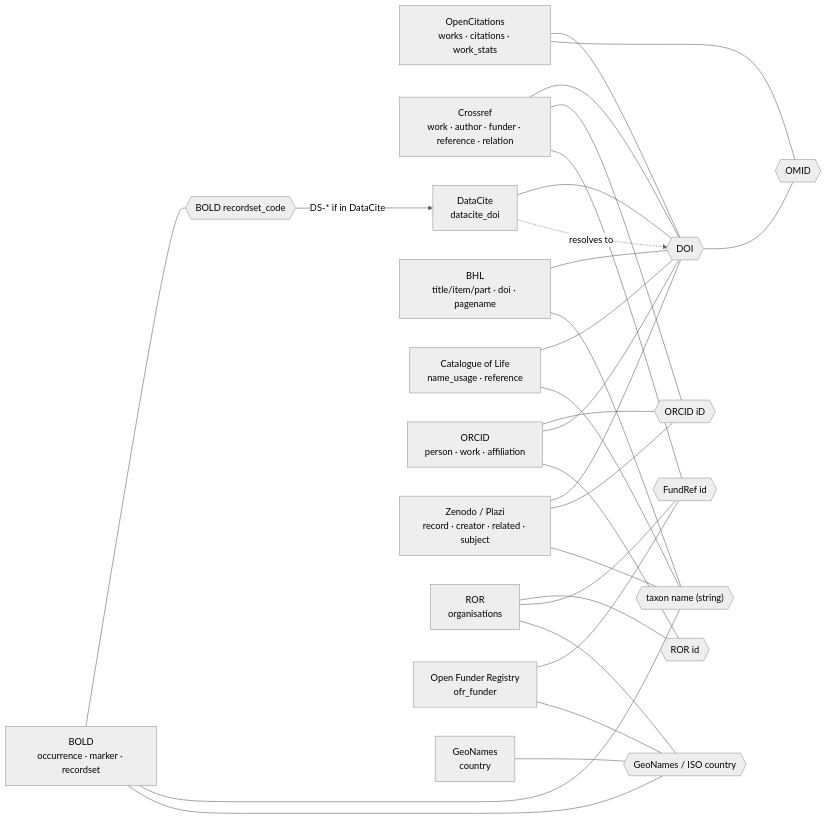
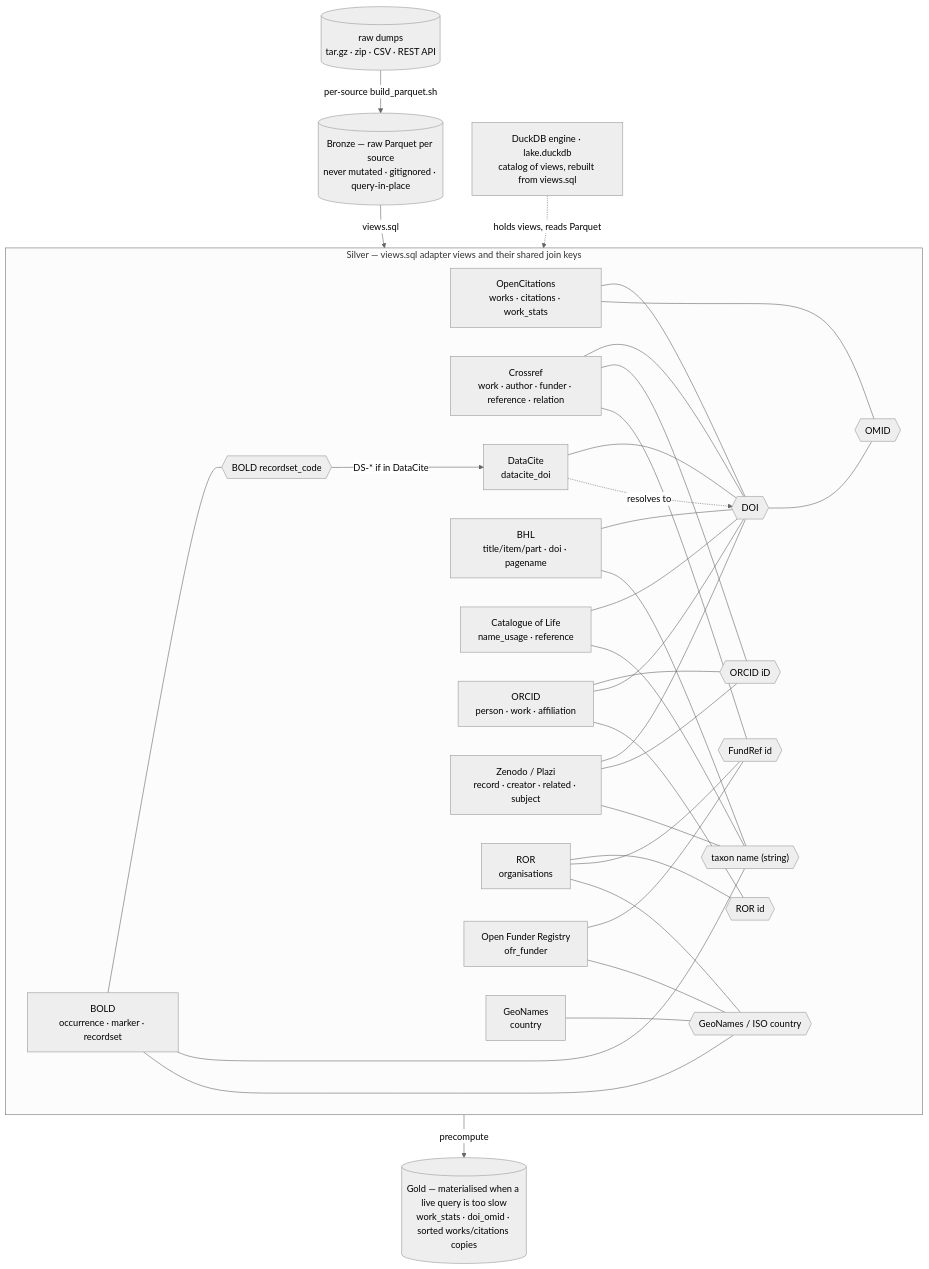
The diagram in README.md (rdmpage/biodiv-data-lake), drawn with Mermaid (neutral theme) before and after one commit. The commit also changed other lines of this file, not shown here.

Commit message:
README: add Bronze/Silver/Gold + DuckDB layering to the sources diagram
The hub-and-spoke (sources <-> shared keys) is now wrapped as the Silver layer,
framed by the medallion pipeline: raw dumps -> Bronze Parquet per source ->
Silver views.sql -> Gold precomputed tables, all queried in place via lake.duckdb.

````diff
--- a/README.md
+++ b/README.md
@@ -85,55 +90,69 @@
 ```mermaid
-flowchart LR
-  %% ---- shared join keys (hubs) ----
-  DOI{{"DOI"}}
-  OMID{{"OMID"}}
-  ORCIDk{{"ORCID iD"}}
-  RORk{{"ROR id"}}
-  FUND{{"FundRef id"}}
-  GEO{{"GeoNames / ISO country"}}
-  RSET{{"BOLD recordset_code"}}
-  TAXON{{"taxon name (string)"}}
+flowchart TB
+  %% ===== storage & engine layering (medallion) =====
+  RAW[("raw dumps<br>tar.gz · zip · CSV · REST API")]
+  BRONZE[("Bronze — raw Parquet per source<br>never mutated · gitignored · query-in-place")]
+  GOLD[("Gold — materialised when a live query is too slow<br>work_stats · doi_omid · sorted works/citations copies")]
+  ENGINE["DuckDB engine · lake.duckdb<br>catalog of views, rebuilt from views.sql"]
 
-  %% ---- sources ----
-  OC["OpenCitations<br>works · citations · work_stats"]
-  CR["Crossref<br>work · author · funder · reference · relation"]
-  DC["DataCite<br>datacite_doi"]
-  BHL["BHL<br>title/item/part · doi · pagename"]
-  COL["Catalogue of Life<br>name_usage · reference"]
-  ORC["ORCID<br>person · work · affiliation"]
-  ZEN["Zenodo / Plazi<br>record · creator · related · subject"]
-  ROR["ROR<br>organisations"]
-  OFR["Open Funder Registry<br>ofr_funder"]
-  GN["GeoNames<br>country"]
-  BOLD["BOLD<br>occurrence · marker · recordset"]
+  %% ===== Silver: the adapter views and how they share join keys =====
+  subgraph SILVER["Silver — views.sql adapter views and their shared join keys"]
+    direction LR
+    %% ---- shared join keys (hubs) ----
+    DOI{{"DOI"}}
+    OMID{{"OMID"}}
+    ORCIDk{{"ORCID iD"}}
+    RORk{{"ROR id"}}
+    FUND{{"FundRef id"}}
+    GEO{{"GeoNames / ISO country"}}
+    RSET{{"BOLD recordset_code"}}
+    TAXON{{"taxon name (string)"}}
+    %% ---- sources ----
+    OC["OpenCitations<br>works · citations · work_stats"]
+    CR["Crossref<br>work · author · funder · reference · relation"]
+    DC["DataCite<br>datacite_doi"]
+    BHL["BHL<br>title/item/part · doi · pagename"]
+    COL["Catalogue of Life<br>name_usage · reference"]
+    ORC["ORCID<br>person · work · affiliation"]
+    ZEN["Zenodo / Plazi<br>record · creator · related · subject"]
+    ROR["ROR<br>organisations"]
+    OFR["Open Funder Registry<br>ofr_funder"]
+    GN["GeoNames<br>country"]
+    BOLD["BOLD<br>occurrence · marker · recordset"]
+    %% ---- source ↔ key ----
+    OC --- DOI
+    OC --- OMID
+    DOI --- OMID
+    CR --- DOI
+    CR --- ORCIDk
+    CR --- FUND
+    DC --- DOI
+    BHL --- DOI
+    BHL --- TAXON
+    COL --- DOI
+    COL --- TAXON
+    ORC --- ORCIDk
+    ORC --- DOI
+    ORC --- RORk
+    ZEN --- DOI
+    ZEN --- ORCIDk
+    ZEN --- TAXON
+    ROR --- RORk
+    ROR --- FUND
+    ROR --- GEO
+    OFR --- FUND
+    OFR --- GEO
+    GN --- GEO
+    BOLD --- RSET
+    BOLD --- TAXON
+    BOLD --- GEO
+    RSET -->|"DS-* if in DataCite"| DC
+    DC -.->|"resolves to"| DOI
+  end
 
-  %% ---- source ↔ key ----
-  OC --- DOI
-  OC --- OMID
-  DOI --- OMID
-  CR --- DOI
-  CR --- ORCIDk
-  CR --- FUND
-  DC --- DOI
-  BHL --- DOI
-  BHL --- TAXON
-  COL --- DOI
-  COL --- TAXON
-  ORC --- ORCIDk
-  ORC --- DOI
-  ORC --- RORk
-  ZEN --- DOI
-  ZEN --- ORCIDk
-  ZEN --- TAXON
-  ROR --- RORk
-  ROR --- FUND
-  ROR --- GEO
-  OFR --- FUND
-  OFR --- GEO
-  GN --- GEO
-  BOLD --- RSET
-  BOLD --- TAXON
-  BOLD --- GEO
-  RSET -->|"DS-* if in DataCite"| DC
-  DC -.->|"resolves to"| DOI
+  %% ===== layer pipeline (declared after the subgraph so edges attach to it) =====
+  RAW -->|"per-source build_parquet.sh"| BRONZE
+  BRONZE -->|"views.sql"| SILVER
+  SILVER -->|"precompute"| GOLD
+  ENGINE -. "holds views, reads Parquet" .-> SILVER
 ```
````
